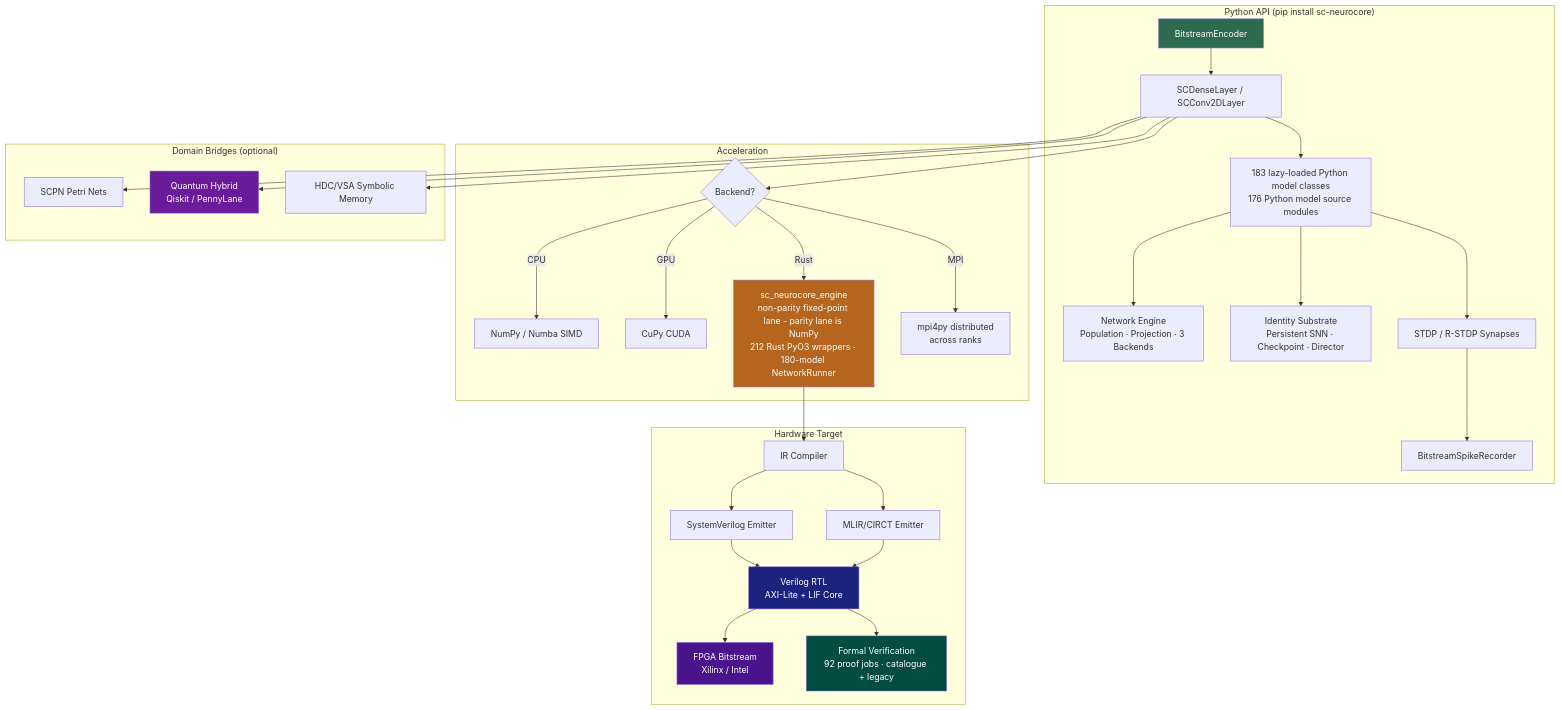
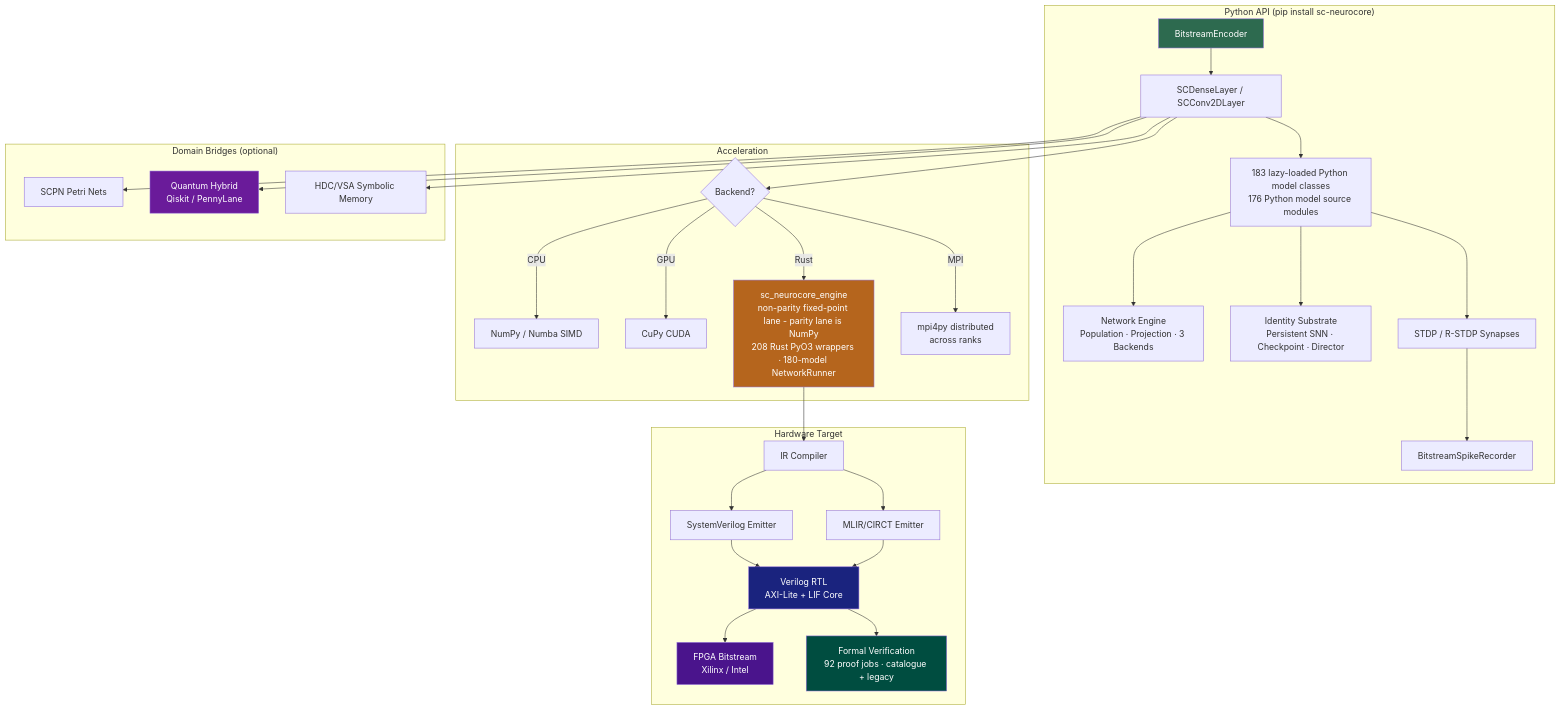
Before and after one commit to anulum/sc-neurocore: the diagram in README.md, drawn with Mermaid. The commit also changed other lines of this file and 19 other files, not shown here.

````diff
--- a/README.md
+++ b/README.md
@@ -472,42 +472,42 @@
 ```mermaid
 graph TD
     subgraph "Python API (pip install sc-neurocore)"
         A[BitstreamEncoder] --> B[SCDenseLayer / SCConv2DLayer]
         B --> C[183 lazy-loaded Python model classes<br/>176 Python model source modules]
         C --> NET[Network Engine<br/>Population · Projection · 3 Backends]
         C --> ID[Identity Substrate<br/>Persistent SNN · Checkpoint · Director]
         C --> D[STDP / R-STDP Synapses]
         D --> E[BitstreamSpikeRecorder]
     end
 
     subgraph "Acceleration"
         B --> F{Backend?}
         F -->|CPU| G[NumPy / Numba SIMD]
         F -->|GPU| H[CuPy CUDA]
-        F -->|Rust| I[sc_neurocore_engine<br/>non-parity fixed-point lane - parity lane is NumPy<br/>212 Rust PyO3 wrappers · 180-model NetworkRunner]
+        F -->|Rust| I[sc_neurocore_engine<br/>non-parity fixed-point lane - parity lane is NumPy<br/>208 Rust PyO3 wrappers · 180-model NetworkRunner]
         F -->|MPI| MPI[mpi4py distributed<br/>across ranks]
     end
 
     subgraph "Hardware Target"
         I --> J[IR Compiler]
         J --> K[SystemVerilog Emitter]
         J --> K2[MLIR/CIRCT Emitter]
         K --> L[Verilog RTL<br/>AXI-Lite + LIF Core]
         K2 --> L
         L --> M[FPGA Bitstream<br/>Xilinx / Intel]
         L --> V[Formal Verification<br/>92 proof jobs · catalogue + legacy]
     end
 
     subgraph "Domain Bridges (optional)"
         B --> N[SCPN Petri Nets]
         B --> O[Quantum Hybrid<br/>Qiskit / PennyLane]
         B --> P[HDC/VSA Symbolic Memory]
     end
 
     style A fill:#2d6a4f,color:#fff
     style I fill:#b5651d,color:#fff
     style L fill:#1a237e,color:#fff
     style M fill:#4a148c,color:#fff
     style O fill:#6a1b9a,color:#fff
     style V fill:#004d40,color:#fff
 ```
````
